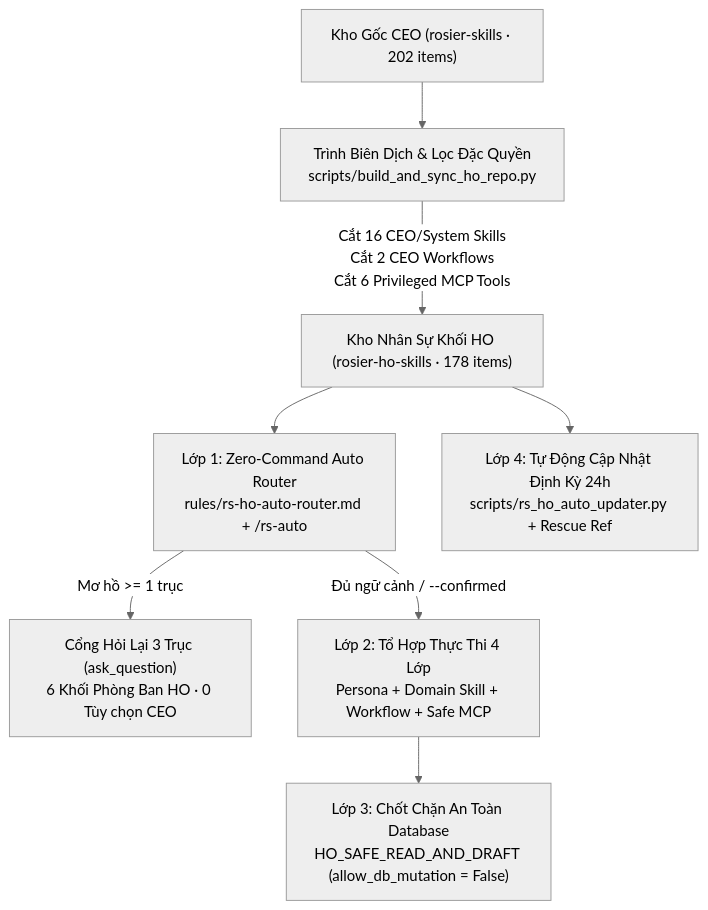
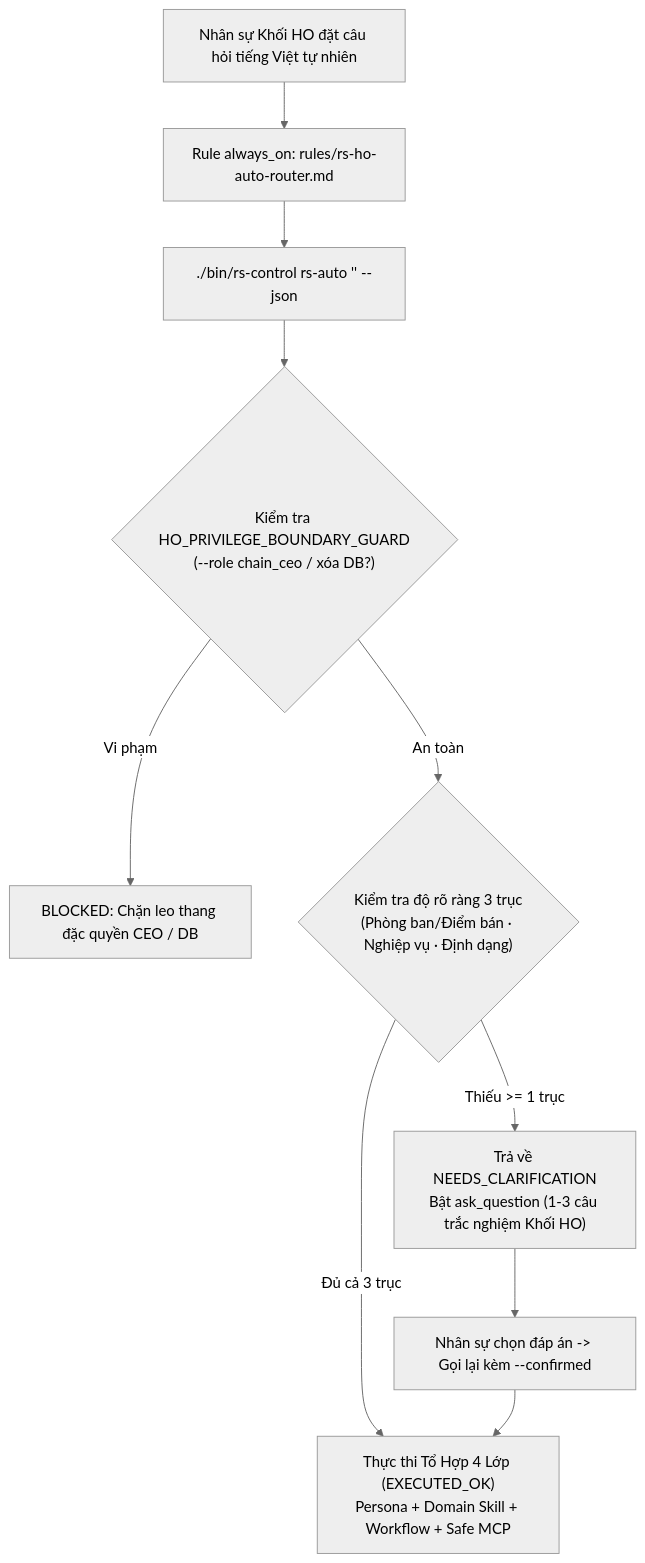
One commit to lucas-dunght/rosier-ho-skills changed the diagram in docs/explanation-architecture-and-guardrails.md. Above: the diagram before and after it, drawn with Mermaid (neutral theme). The commit also changed other lines of this file and 9 other files, not shown here.

````diff
--- a/docs/explanation-architecture-and-guardrails.md
+++ b/docs/explanation-architecture-and-guardrails.md
@@ -9,10 +53,12 @@
 ```mermaid
 flowchart TD
-    UP["Kho Gốc CEO (rosier-skills · 202 items)"] --> COMP["Trình Biên Dịch & Lọc Đặc Quyền\nscripts/build_and_sync_ho_repo.py"]
-    COMP -->|"Cắt 16 CEO/System Skills\nCắt 2 CEO Workflows\nCắt 6 Privileged MCP Tools"| HO["Kho Nhân Sự Khối HO (rosier-ho-skills · 178 items)"]
-    HO --> R1["Lớp 1: Zero-Command Auto Router\nrules/rs-ho-auto-router.md + /rs-auto"]
-    R1 -->|"Mơ hồ >= 1 trục"| ASK["Cổng Hỏi Lại 3 Trục (ask_question)\n6 Khối Phòng Ban HO · 0 Tùy chọn CEO"]
-    R1 -->|"Đủ ngữ cảnh / --confirmed"| DAG["Lớp 2: Tổ Hợp Thực Thi 4 Lớp\nPersona + Domain Skill + Workflow + Safe MCP"]
-    DAG --> SAFE["Lớp 3: Chốt Chặn An Toàn Database\nHO_SAFE_READ_AND_DRAFT (allow_db_mutation = False)"]
-    HO --> UPD["Lớp 4: Tự Động Cập Nhật Định Kỳ 24h\nscripts/rs_ho_auto_updater.py + Rescue Ref"]
+    Q["Nhân sự Khối HO đặt câu hỏi tiếng Việt tự nhiên"] --> RULE["Rule always_on: rules/rs-ho-auto-router.md"]
+    RULE --> CLI["./bin/rs-control rs-auto '<query>' --json"]
+    CLI --> GUARD{"Kiểm tra HO_PRIVILEGE_BOUNDARY_GUARD\n(--role chain_ceo / xóa DB?)"}
+    GUARD -->|"Vi phạm"| BLK["BLOCKED: Chặn leo thang đặc quyền CEO / DB"]
+    GUARD -->|"An toàn"| AMB{"Kiểm tra độ rõ ràng 3 trục\n(Phòng ban/Điểm bán · Nghiệp vụ · Định dạng)"}
+    AMB -->|"Thiếu >= 1 trục"| ASK["Trả về NEEDS_CLARIFICATION\nBật ask_question (1-3 câu trắc nghiệm Khối HO)"]
+    ASK --> CONF["Nhân sự chọn đáp án -> Gọi lại kèm --confirmed"]
+    AMB -->|"Đủ cả 3 trục"| EXEC["Thực thi Tổ Hợp 4 Lớp (EXECUTED_OK)\nPersona + Domain Skill + Workflow + Safe MCP"]
+    CONF --> EXEC
 ```
````
